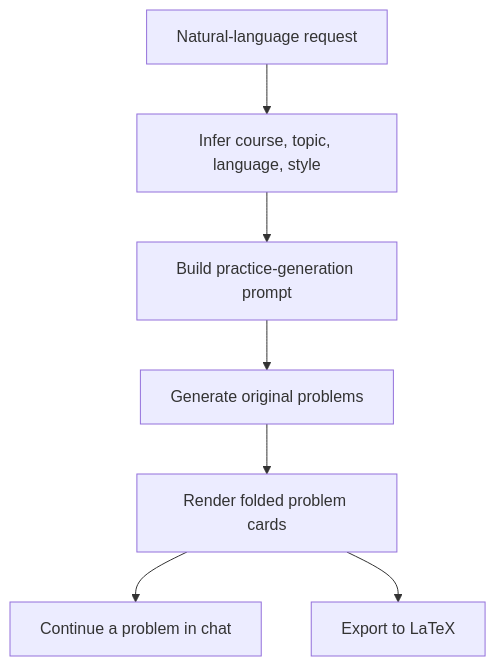
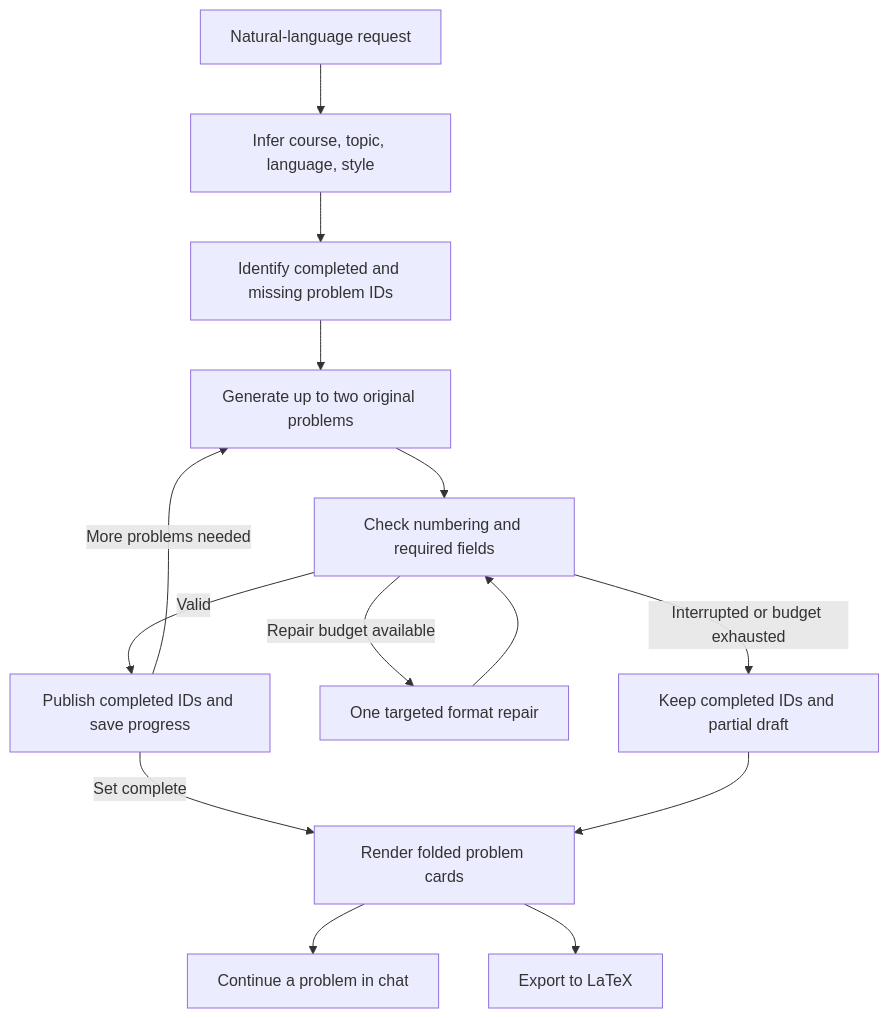
Before and after one commit to lizr-phys/physics-learning-agent: the third of 5 diagrams in README.md, drawn with Mermaid. The commit also changed other lines of this file and 149 other files, not shown here.

````diff
--- a/README.md
+++ b/README.md
@@ -211,9 +239,16 @@
 ```mermaid
 flowchart TD
   Request["Natural-language request"] --> Parse["Infer course, topic, language, style"]
-  Parse --> Prompt["Build practice-generation prompt"]
-  Prompt --> Model["Generate original problems"]
-  Model --> Cards["Render folded problem cards"]
+  Parse --> Plan["Identify completed and missing problem IDs"]
+  Plan --> Model["Generate up to two original problems"]
+  Model --> Check["Check numbering and required fields"]
+  Check -->|Valid| Save["Publish completed IDs and save progress"]
+  Check -->|Repair budget available| Repair["One targeted format repair"]
+  Repair --> Check
+  Check -->|Interrupted or budget exhausted| Partial["Keep completed IDs and partial draft"]
+  Save -->|More problems needed| Model
+  Save -->|Set complete| Cards["Render folded problem cards"]
+  Partial --> Cards
   Cards --> FollowUp["Continue a problem in chat"]
   Cards --> Export["Export to LaTeX"]
 ```
````
